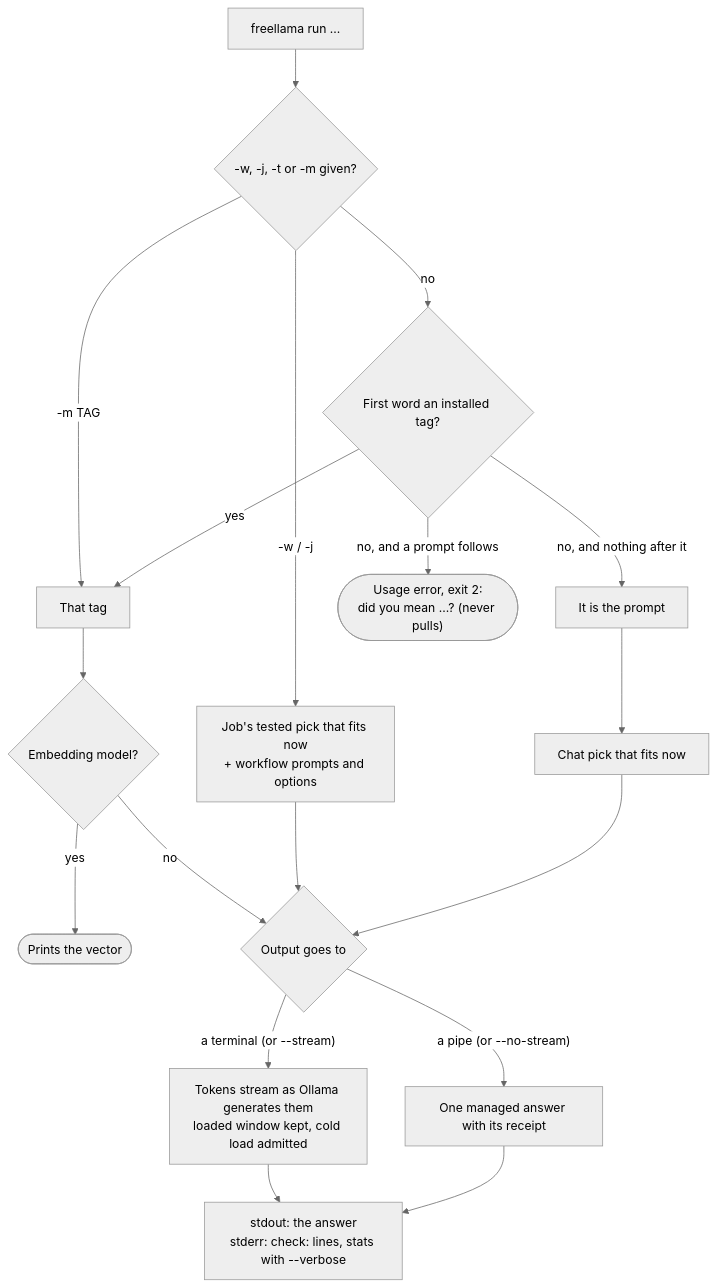
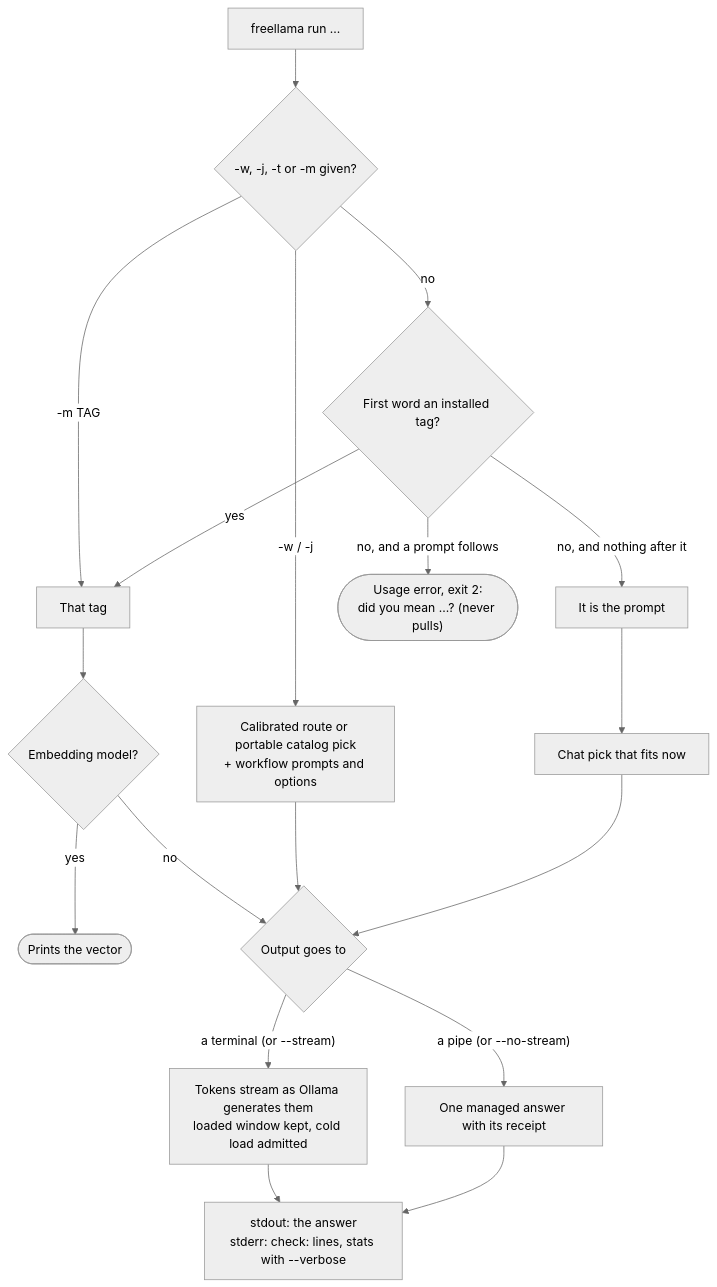
Before and after one commit to bgauryy/FreeLlama: the second of 3 diagrams in docs/AGENT_CLI.md, drawn with Mermaid (neutral theme). The commit also changed other lines of this file and 166 other files, not shown here.

````diff
--- a/docs/AGENT_CLI.md
+++ b/docs/AGENT_CLI.md
@@ -70,20 +75,20 @@
 ```mermaid
 flowchart TD
     A["freellama run …"] --> B{"-w, -j, -t or -m given?"}
-    B -->|"-w / -j"| P["Job's tested pick that fits now<br/>+ workflow prompts and options"]
+    B -->|"-w / -j"| P["Calibrated route or portable catalog pick<br/>+ workflow prompts and options"]
     B -->|"-m TAG"| T["That tag"]
     B -->|"no"| F{"First word an installed tag?"}
     F -->|"yes"| T
     F -->|"no, and nothing after it"| BP["It is the prompt"]
     F -->|"no, and a prompt follows"| E(["Usage error, exit 2:<br/>did you mean …? (never pulls)"])
     BP --> CP["Chat pick that fits now"]
     T --> K{"Embedding model?"}
     K -->|"yes"| V(["Prints the vector"])
     K -->|"no"| X
     P --> X{"Output goes to"}
     CP --> X
     X -->|"a terminal (or --stream)"| S["Tokens stream as Ollama generates them<br/>loaded window kept, cold load admitted"]
     X -->|"a pipe (or --no-stream)"| M["One managed answer with its receipt"]
     S --> O["stdout: the answer<br/>stderr: check: lines, stats with --verbose"]
     M --> O
 ```
````
